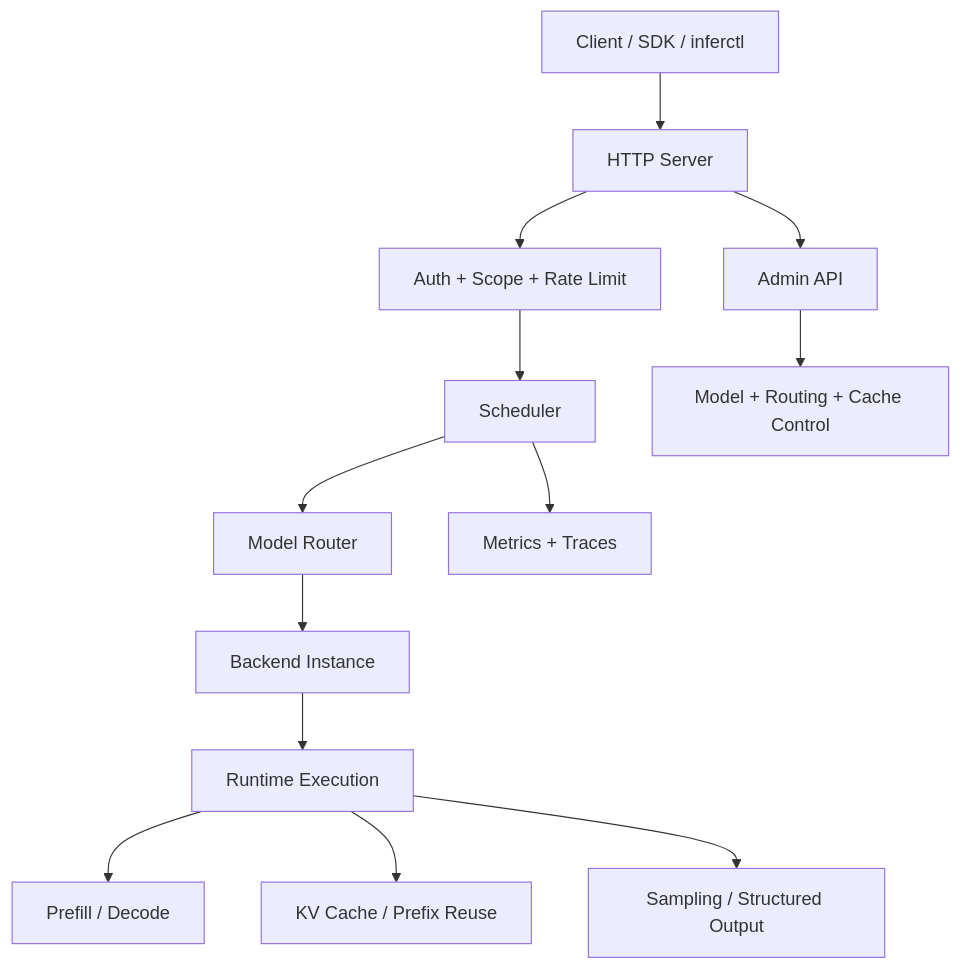
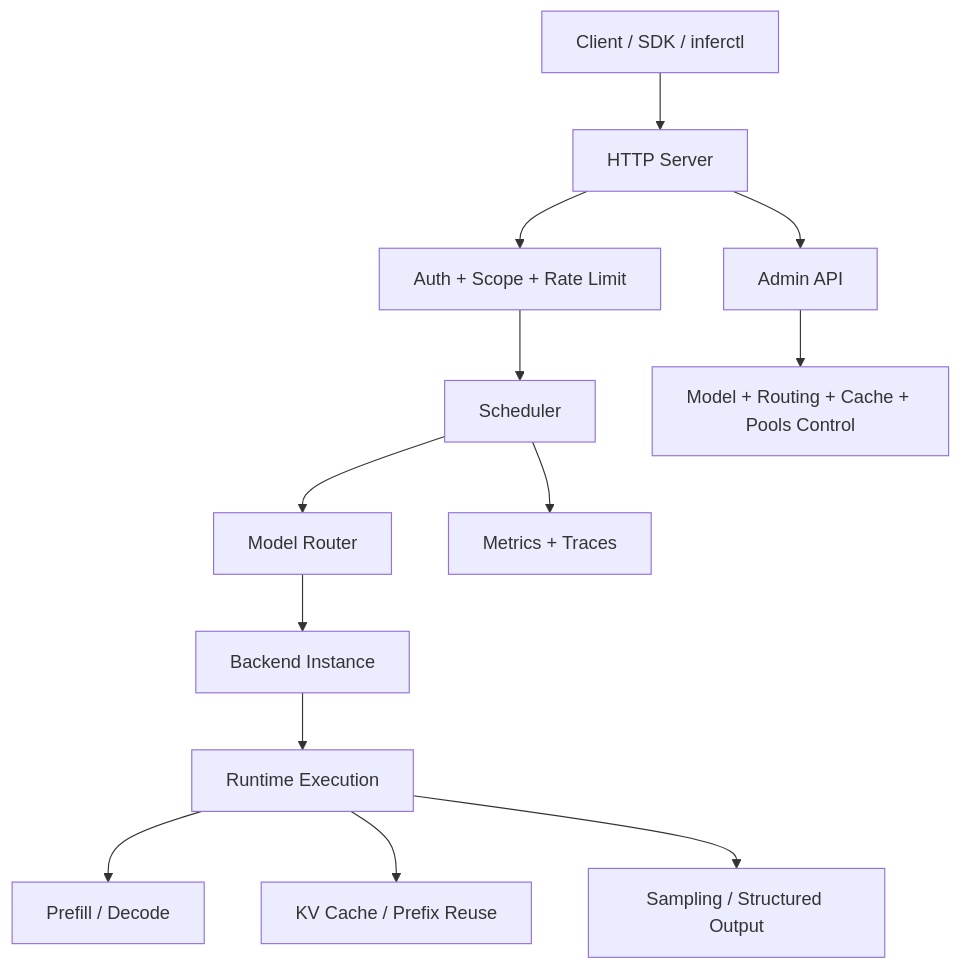
Before and after one commit to vjsingh1984/inferflux: the first of 3 diagrams in docs/Architecture.md, drawn with Mermaid. The commit also changed other lines of this file and 13 other files, not shown here.

````diff
--- a/docs/Architecture.md
+++ b/docs/Architecture.md
@@ -8,15 +8,15 @@
 ```mermaid
 flowchart TD
     A[Client / SDK / inferctl] --> B[HTTP Server]
     B --> C[Auth + Scope + Rate Limit]
     C --> D[Scheduler]
     D --> E[Model Router]
     E --> F[Backend Instance]
     F --> G[Runtime Execution]
     G --> H[Prefill / Decode]
     G --> I[KV Cache / Prefix Reuse]
     G --> J[Sampling / Structured Output]
     D --> K[Metrics + Traces]
     B --> L[Admin API]
-    L --> M[Model + Routing + Cache Control]
+    L --> M[Model + Routing + Cache + Pools Control]
 ```
````
